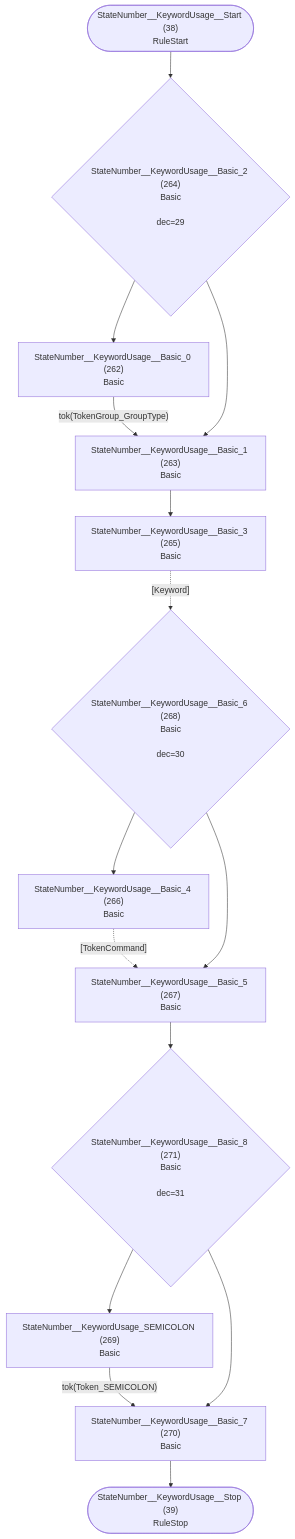
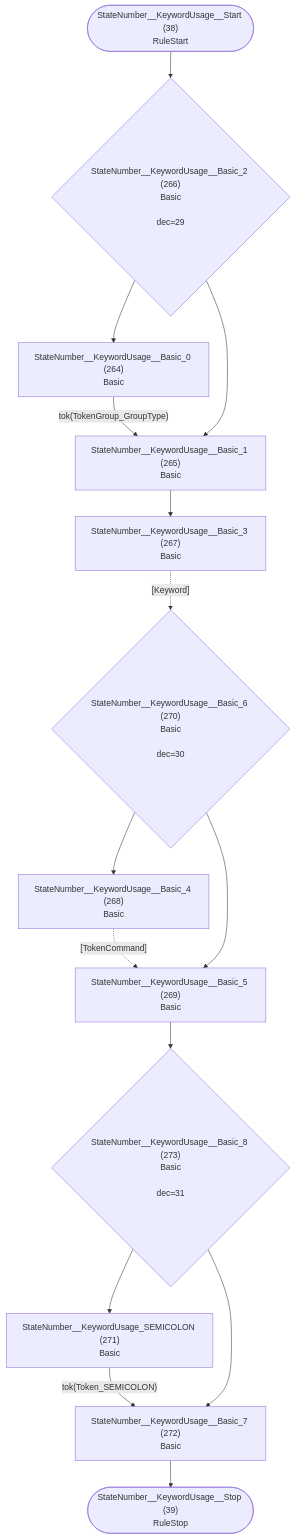
Diagram 20 of 36 in internal/grammar/atn.md (TypeFox/fastbelt), drawn with Mermaid before and after one commit. The commit also changed other lines of this file and 11 other files, not shown here.

````diff
--- a/internal/grammar/atn.md
+++ b/internal/grammar/atn.md
@@ -615,30 +619,30 @@
 ```mermaid
 flowchart TD
     q38(["StateNumber__KeywordUsage__Start (38)<br/>RuleStart"])
     q39(["StateNumber__KeywordUsage__Stop (39)<br/>RuleStop"])
-    q262["StateNumber__KeywordUsage__Basic_0 (262)<br/>Basic<br/>"]
-    q263["StateNumber__KeywordUsage__Basic_1 (263)<br/>Basic<br/>"]
-    q264{"StateNumber__KeywordUsage__Basic_2 (264)<br/>Basic<br/><br/>dec=29"}
-    q265["StateNumber__KeywordUsage__Basic_3 (265)<br/>Basic<br/>"]
-    q266["StateNumber__KeywordUsage__Basic_4 (266)<br/>Basic<br/>"]
-    q267["StateNumber__KeywordUsage__Basic_5 (267)<br/>Basic<br/>"]
-    q268{"StateNumber__KeywordUsage__Basic_6 (268)<br/>Basic<br/><br/>dec=30"}
-    q269["StateNumber__KeywordUsage_SEMICOLON (269)<br/>Basic<br/>"]
-    q270["StateNumber__KeywordUsage__Basic_7 (270)<br/>Basic<br/>"]
-    q271{"StateNumber__KeywordUsage__Basic_8 (271)<br/>Basic<br/><br/>dec=31"}
+    q264["StateNumber__KeywordUsage__Basic_0 (264)<br/>Basic<br/>"]
+    q265["StateNumber__KeywordUsage__Basic_1 (265)<br/>Basic<br/>"]
+    q266{"StateNumber__KeywordUsage__Basic_2 (266)<br/>Basic<br/><br/>dec=29"}
+    q267["StateNumber__KeywordUsage__Basic_3 (267)<br/>Basic<br/>"]
+    q268["StateNumber__KeywordUsage__Basic_4 (268)<br/>Basic<br/>"]
+    q269["StateNumber__KeywordUsage__Basic_5 (269)<br/>Basic<br/>"]
+    q270{"StateNumber__KeywordUsage__Basic_6 (270)<br/>Basic<br/><br/>dec=30"}
+    q271["StateNumber__KeywordUsage_SEMICOLON (271)<br/>Basic<br/>"]
+    q272["StateNumber__KeywordUsage__Basic_7 (272)<br/>Basic<br/>"]
+    q273{"StateNumber__KeywordUsage__Basic_8 (273)<br/>Basic<br/><br/>dec=31"}
 
-    q38 --> q264
-    q262 -->|"tok(TokenGroup_GroupType)"| q263
-    q263 --> q265
-    q264 --> q262
-    q264 --> q263
-    q265 -.->|"[Keyword]"| q268
-    q266 -.->|"[TokenCommand]"| q267
-    q267 --> q271
-    q268 --> q266
-    q268 --> q267
-    q269 -->|"tok(Token_SEMICOLON)"| q270
-    q270 --> q39
-    q271 --> q269
-    q271 --> q270
+    q38 --> q266
+    q264 -->|"tok(TokenGroup_GroupType)"| q265
+    q265 --> q267
+    q266 --> q264
+    q266 --> q265
+    q267 -.->|"[Keyword]"| q270
+    q268 -.->|"[TokenCommand]"| q269
+    q269 --> q273
+    q270 --> q268
+    q270 --> q269
+    q271 -->|"tok(Token_SEMICOLON)"| q272
+    q272 --> q39
+    q273 --> q271
+    q273 --> q272
 ```
````
